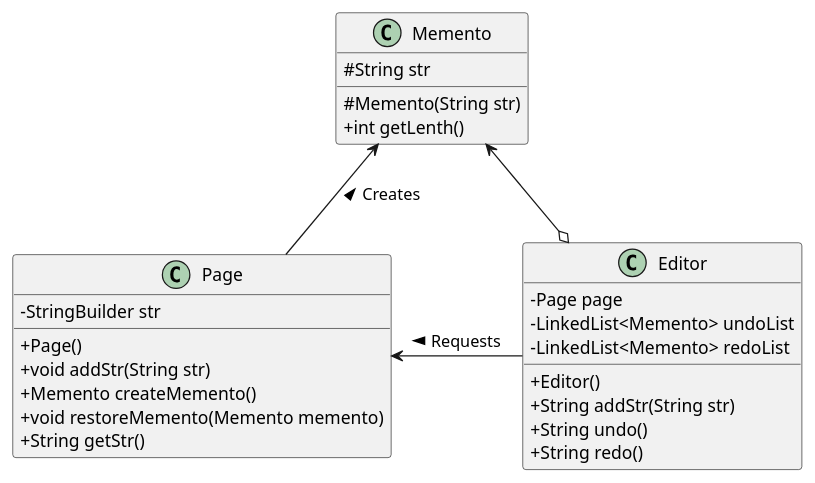
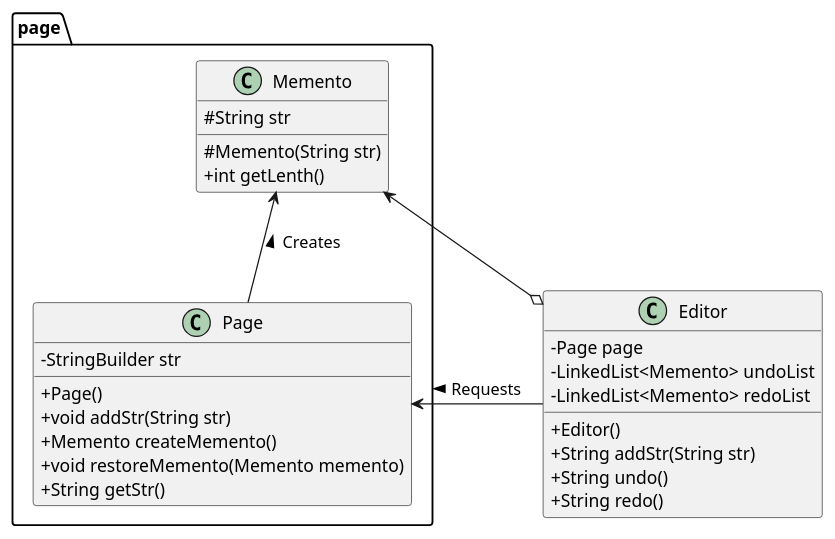
The diagram in plantuml/designpattern/concept-memento-2.plantuml (windowforsun/blog), drawn with PlantUML before and after one commit. The commit also changed 1 other file, not shown here.

```diff
--- a/plantuml/designpattern/concept-memento-2.plantuml
+++ b/plantuml/designpattern/concept-memento-2.plantuml
@@ -1,36 +1,39 @@
 @startuml
 skinparam classAttributeIconSize 0
 
 class Editor {
 	-Page page
 	-LinkedList<Memento> undoList
 	-LinkedList<Memento> redoList
 
 	+Editor()
 	+String addStr(String str)
 	+String undo()
 	+String redo()
 }
+
+package page {
 
 class Page {
 	-StringBuilder str
 
 	+Page()
 	+void addStr(String str)
 	+Memento createMemento()
 	+void restoreMemento(Memento memento)
 	+String getStr()
 }
 
 class Memento {
 	#String str
 
 	#Memento(String str)
 	+int getLenth()
 }
+}
 
 Page <-right- Editor : < Requests
 Memento <-down- Page : < Creates
 Memento <-down-o Editor
 
 @enduml
```
